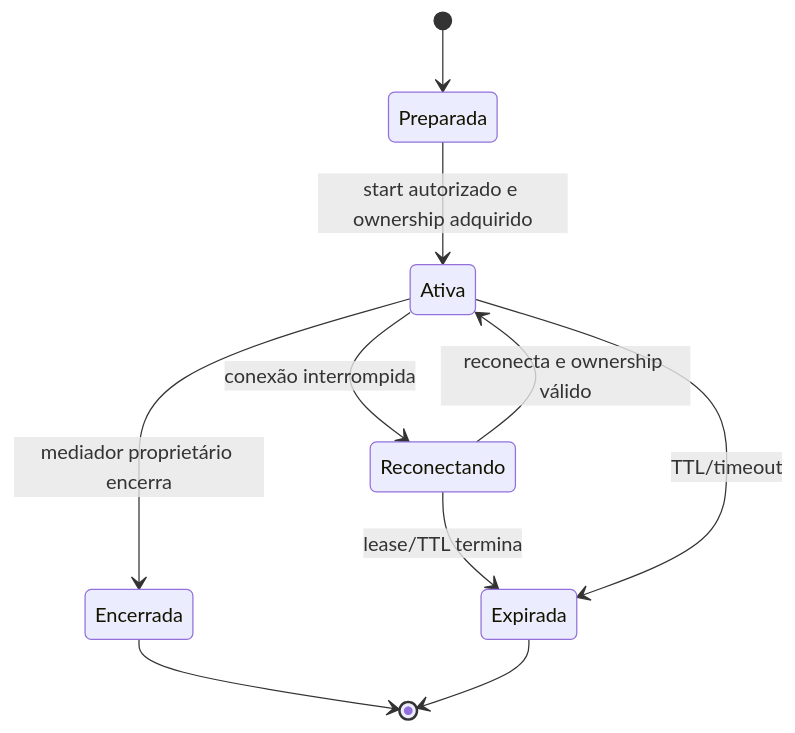
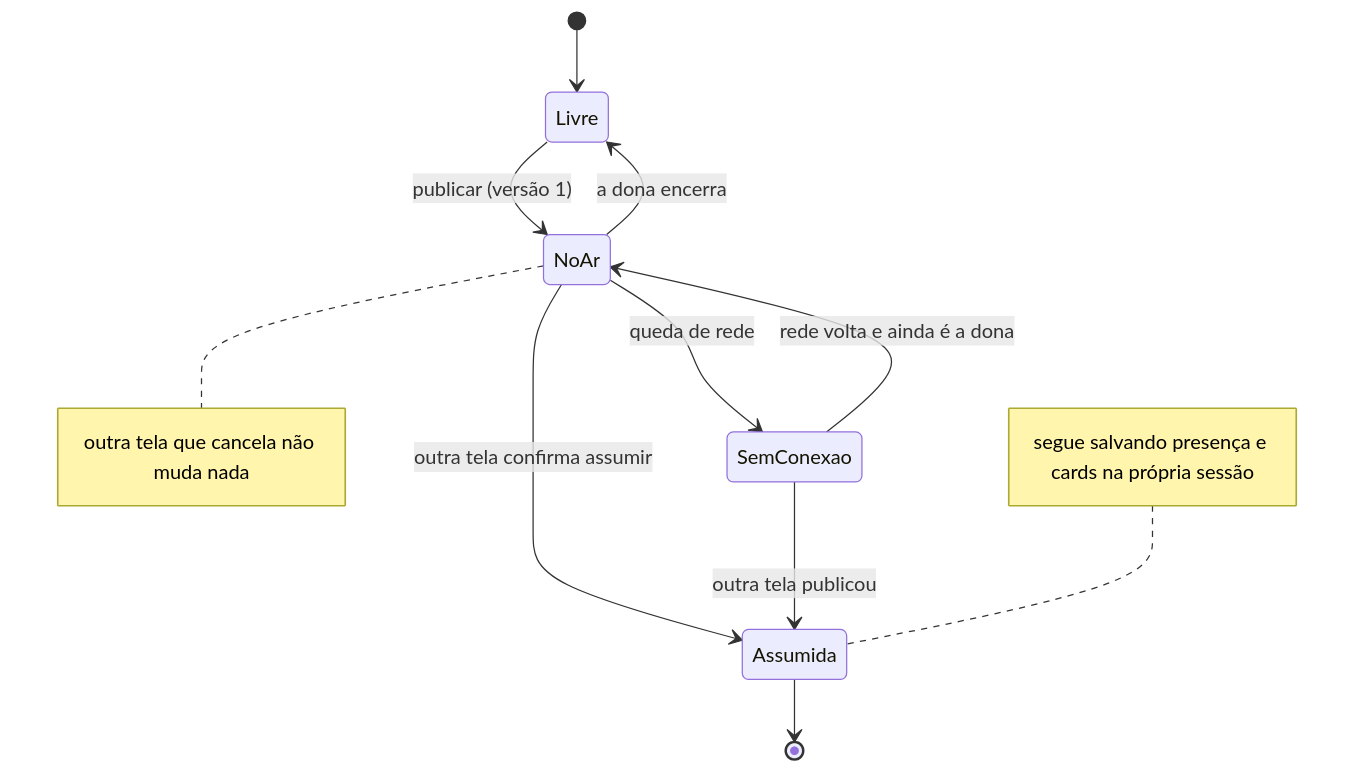
Before and after one commit to Lucas-Sperotto/fluencircle-website: the sixth of 14 diagrams in docs/diagramas/DIAGRAMAS.md, drawn with Mermaid. The commit also changed other lines of this file and 3 other files, not shown here.

First line of the commit message:
docs(engenharia): add access matrix, refresh AS-IS/TO-BE diagrams and requirement traceability

````diff
--- a/docs/diagramas/DIAGRAMAS.md
+++ b/docs/diagramas/DIAGRAMAS.md
@@ -147,12 +180,13 @@
 ```mermaid
 stateDiagram-v2
-    [*] --> Preparada
-    Preparada --> Ativa : start autorizado e ownership adquirido
-    Ativa --> Reconectando : conexão interrompida
-    Reconectando --> Ativa : reconecta e ownership válido
-    Reconectando --> Expirada : lease/TTL termina
-    Ativa --> Encerrada : mediador proprietário encerra
-    Ativa --> Expirada : TTL/timeout
-    Encerrada --> [*]
-    Expirada --> [*]
+    [*] --> Livre
+    Livre --> NoAr : publicar (versão 1)
+    NoAr --> Assumida : outra tela confirma assumir
+    NoAr --> SemConexao : queda de rede
+    SemConexao --> NoAr : rede volta e ainda é a dona
+    SemConexao --> Assumida : outra tela publicou
+    NoAr --> Livre : a dona encerra
+    Assumida --> [*]
+    note right of NoAr : outra tela que cancela não muda nada
+    note left of Assumida : segue salvando presença e cards na própria sessão
 ```
````
